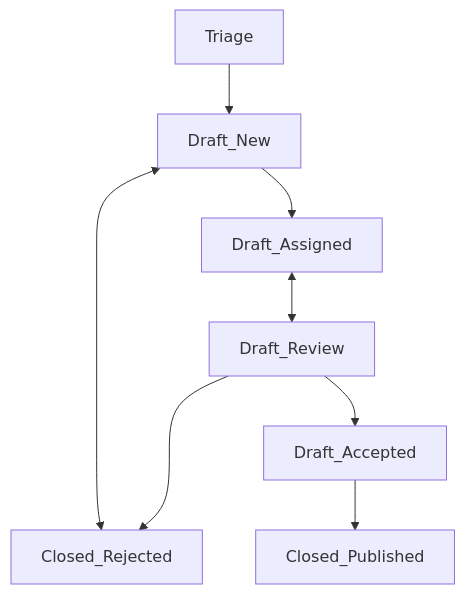
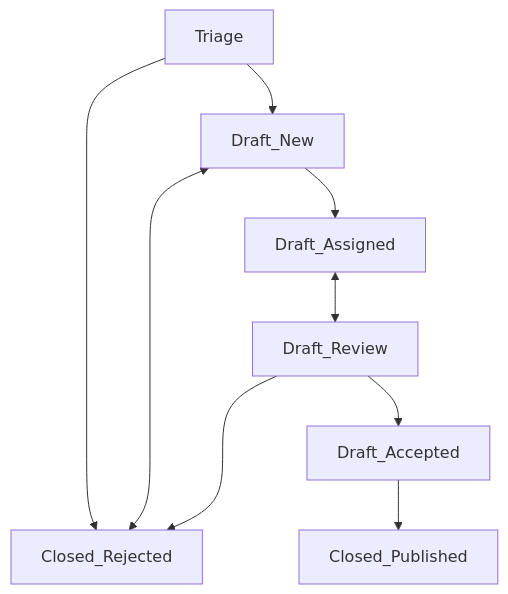
Before and after one commit to chipsalliance/Caliptra: the diagram in SECURITY.md, drawn with Mermaid. The commit also changed other lines of this file, not shown here.

Commit message:
Tweak flow chart

````diff
--- a/SECURITY.md
+++ b/SECURITY.md
@@ -130,10 +130,11 @@
 ```mermaid
 flowchart TB
     Triage --> Draft_New
+    Triage --> Closed_Rejected
     Draft_New --> Draft_Assigned
     Draft_New <--> Closed_Rejected
     Draft_Assigned <--> Draft_Review
     Draft_Review ---> Closed_Rejected
     Draft_Review --> Draft_Accepted
     Draft_Accepted --> Closed_Published
 ```
````
